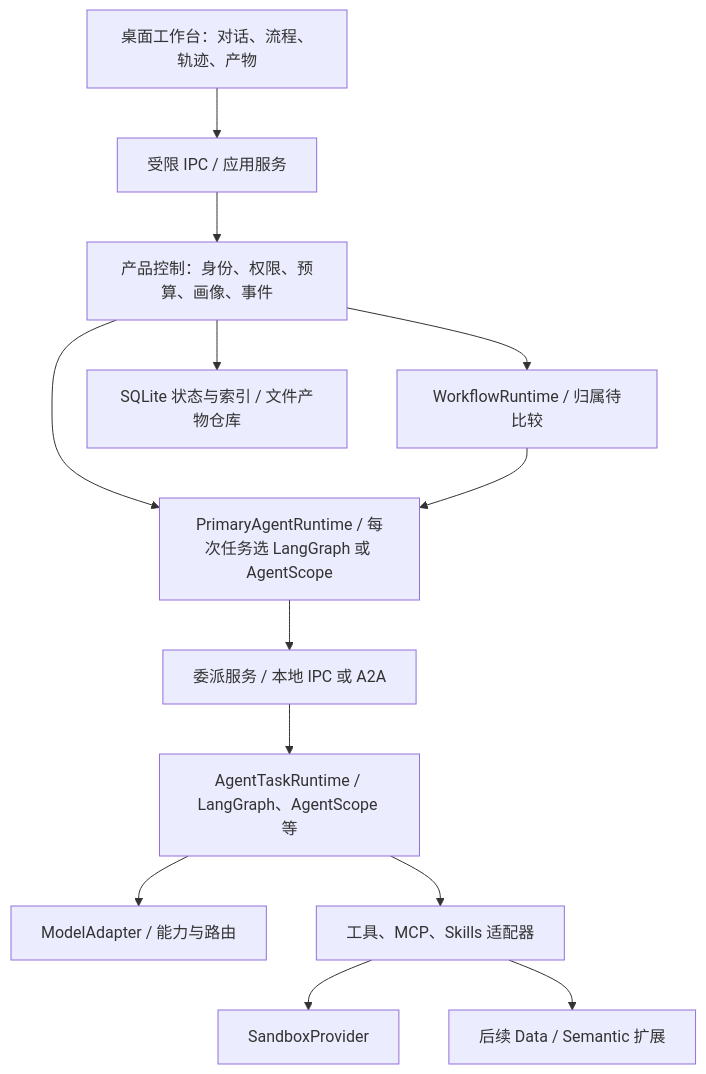
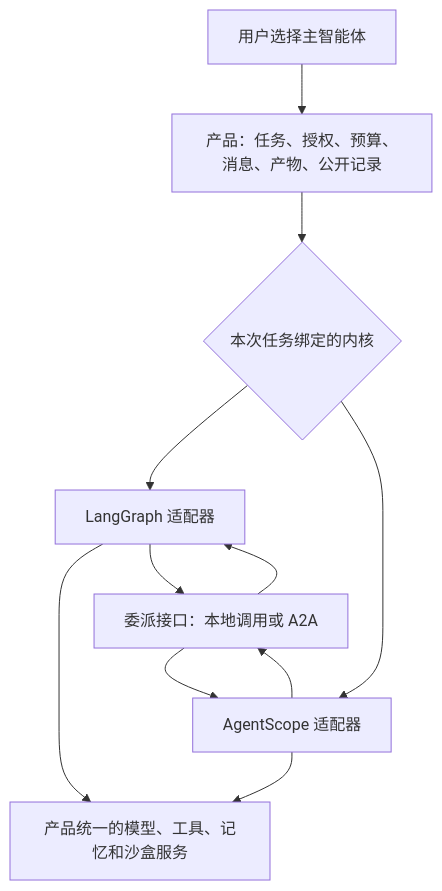
One commit to zhangtianhong-1998/xuanyue-data-agent changed the diagram in docs/architecture/01-candidate-architecture.md. Above: the diagram before and after it, drawn with Mermaid. The commit also changed other lines of this file and 19 other files, not shown here.

````diff
--- a/docs/architecture/01-candidate-architecture.md
+++ b/docs/architecture/01-candidate-architecture.md
@@ -9,15 +13,13 @@
 ```mermaid
 flowchart TD
-  UI[桌面工作台：对话、流程、轨迹、产物] --> IPC[受限 IPC / 应用服务]
-  IPC --> C[产品控制：身份、权限、预算、画像、事件]
-  C --> P[PrimaryAgentRuntime / 每次任务选 LangGraph 或 AgentScope]
-  C --> R[WorkflowRuntime / 归属待比较]
-  R --> P
-  P --> DG[委派服务 / 本地 IPC 或 A2A]
-  DG --> AE[AgentTaskRuntime / LangGraph、AgentScope 等]
-  AE --> M[ModelAdapter / 能力与路由]
-  AE --> T[工具、MCP、Skills 适配器]
-  T --> S[SandboxProvider]
-  T --> D[后续 Data / Semantic 扩展]
-  C --> DB[SQLite 状态与索引 / 文件产物仓库]
+  U[用户选择主智能体] --> H[产品：任务、授权、预算、消息、产物、公开记录]
+  H --> K{本次任务绑定的内核}
+  K --> L[LangGraph 适配器]
+  K --> A[AgentScope 适配器]
+  L --> P[产品统一的模型、工具、记忆和沙盒服务]
+  A --> P
+  L --> D[委派接口：本地调用或 A2A]
+  A --> D
+  D --> L
+  D --> A
 ```
````
